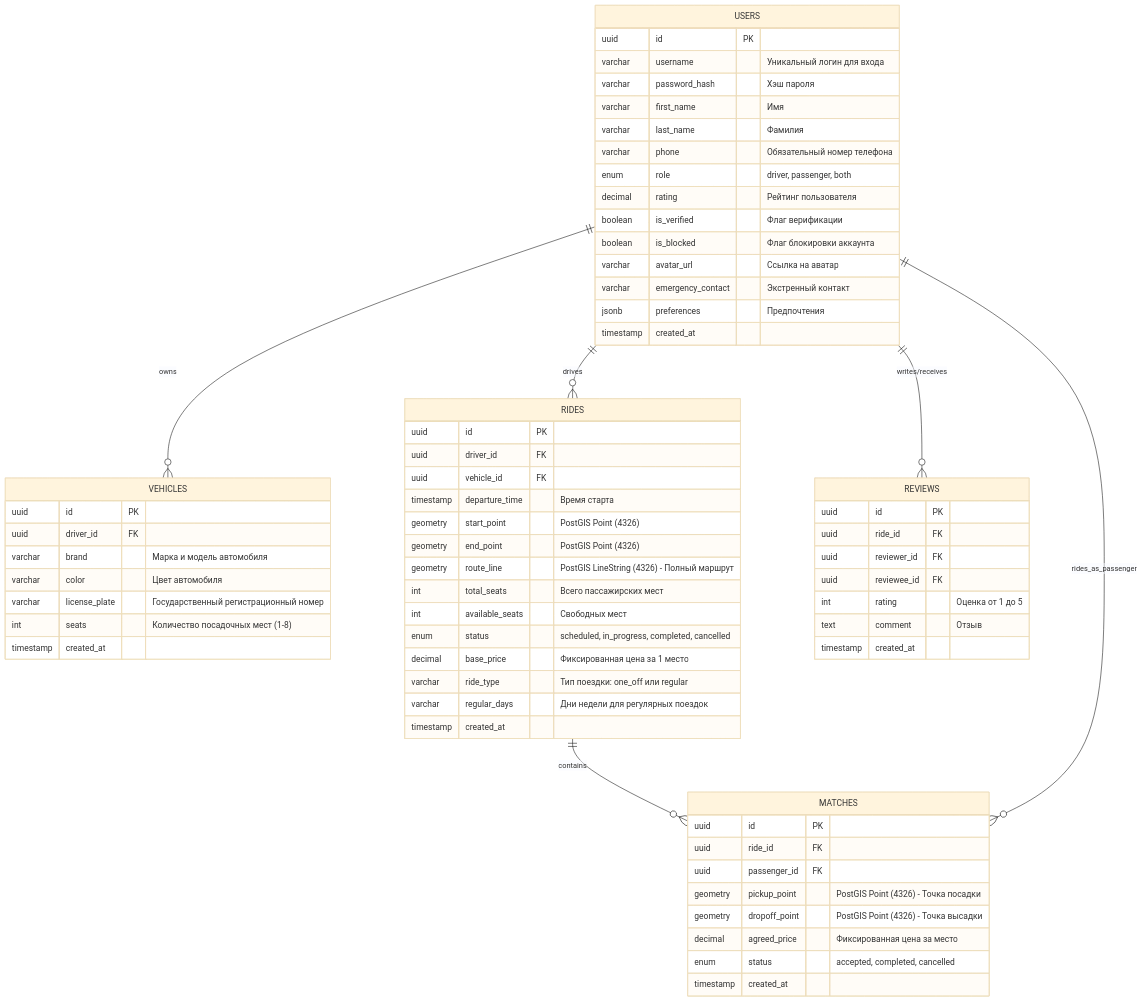
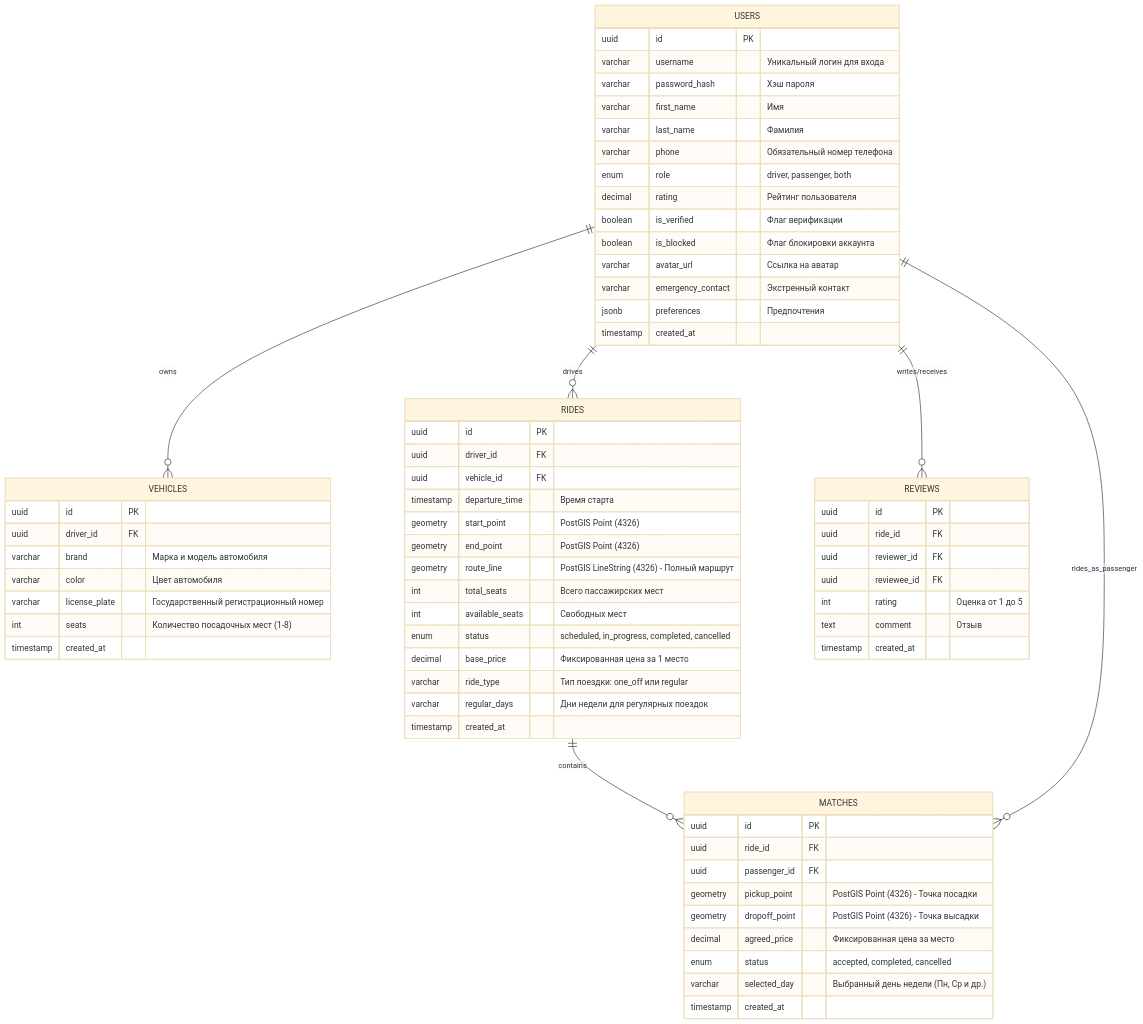
One commit to MusorDrop/taksi changed the diagram in backend/README.md. Above: the diagram before and after it, drawn with Mermaid (base theme). The commit also changed other lines of this file and 1 other file, not shown here.

Commit message:
docs: update API docs with selected_day feature

````diff
--- a/backend/README.md
+++ b/backend/README.md
@@ -195,73 +197,74 @@
 ```mermaid
 erDiagram
     USERS ||--o{ VEHICLES : owns
     USERS ||--o{ RIDES : "drives"
     USERS ||--o{ REVIEWS : "writes/receives"
     RIDES ||--o{ MATCHES : "contains"
     USERS ||--o{ MATCHES : "rides_as_passenger"
 
     USERS {
         uuid id PK
         varchar username "Уникальный логин для входа"
         varchar password_hash "Хэш пароля"
         varchar first_name "Имя"
         varchar last_name "Фамилия"
         varchar phone "Обязательный номер телефона"
         enum role "driver, passenger, both"
         decimal rating "Рейтинг пользователя"
         boolean is_verified "Флаг верификации"
         boolean is_blocked "Флаг блокировки аккаунта"
         varchar avatar_url "Ссылка на аватар"
         varchar emergency_contact "Экстренный контакт"
         jsonb preferences "Предпочтения"
         timestamp created_at
     }
 
     VEHICLES {
         uuid id PK
         uuid driver_id FK
         varchar brand "Марка и модель автомобиля"
         varchar color "Цвет автомобиля"
         varchar license_plate "Государственный регистрационный номер"
         int seats "Количество посадочных мест (1-8)"
         timestamp created_at
     }
 
     RIDES {
         uuid id PK
         uuid driver_id FK
         uuid vehicle_id FK
         timestamp departure_time "Время старта"
         geometry start_point "PostGIS Point (4326)"
         geometry end_point "PostGIS Point (4326)"
         geometry route_line "PostGIS LineString (4326) - Полный маршрут"
         int total_seats "Всего пассажирских мест"
         int available_seats "Свободных мест"
         enum status "scheduled, in_progress, completed, cancelled"
         decimal base_price "Фиксированная цена за 1 место"
         varchar ride_type "Тип поездки: one_off или regular"
         varchar regular_days "Дни недели для регулярных поездок"
         timestamp created_at
     }
 
     MATCHES {
         uuid id PK
         uuid ride_id FK
         uuid passenger_id FK
         geometry pickup_point "PostGIS Point (4326) - Точка посадки"
         geometry dropoff_point "PostGIS Point (4326) - Точка высадки"
         decimal agreed_price "Фиксированная цена за место"
         enum status "accepted, completed, cancelled"
+        varchar selected_day "Выбранный день недели (Пн, Ср и др.)"
         timestamp created_at
     }
 
     REVIEWS {
         uuid id PK
         uuid ride_id FK
         uuid reviewer_id FK
         uuid reviewee_id FK
         int rating "Оценка от 1 до 5"
         text comment "Отзыв"
         timestamp created_at
     }
 ```
````
